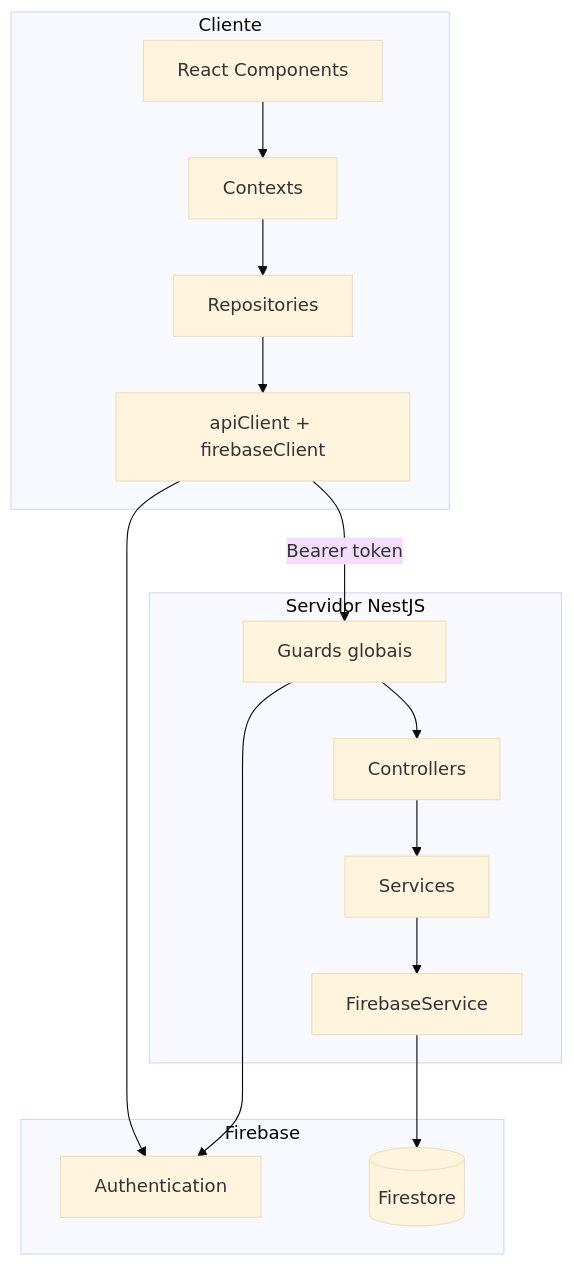
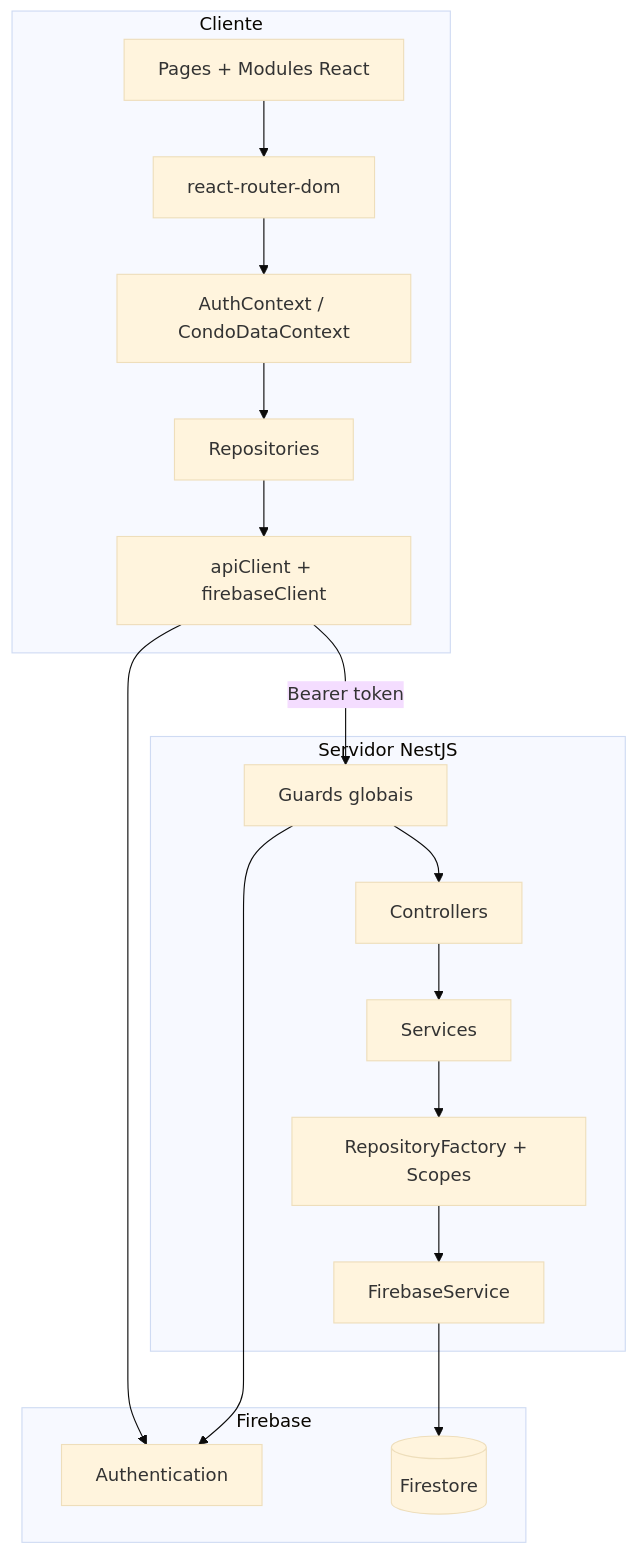
One commit to vyzin-app/vyzin changed the diagram in docs/DOCUMENTACAO_TECNICA.md. Above: the diagram before and after it, drawn with Mermaid (base theme). The commit also changed other lines of this file and 9 other files, not shown here.

````diff
--- a/docs/DOCUMENTACAO_TECNICA.md
+++ b/docs/DOCUMENTACAO_TECNICA.md
@@ -28,26 +28,28 @@
 ```mermaid
 flowchart TB
   subgraph client [Cliente]
-    UI[React Components]
-    CTX[Contexts]
+    UI[Pages + Modules React]
+    Router[react-router-dom]
+    CTX[AuthContext / CondoDataContext]
     REPO[Repositories]
     API_CLIENT[apiClient + firebaseClient]
   end
 
   subgraph server [Servidor NestJS]
     GUARDS[Guards globais]
     CTRL[Controllers]
     SVC[Services]
+    REPO_F[RepositoryFactory + Scopes]
     FB_SRV[FirebaseService]
   end
 
   subgraph firebase [Firebase]
     AUTH[Authentication]
     FS[(Firestore)]
   end
 
-  UI --> CTX --> REPO --> API_CLIENT
-  API_CLIENT -->|Bearer token| GUARDS --> CTRL --> SVC --> FB_SRV --> FS
+  UI --> Router --> CTX --> REPO --> API_CLIENT
+  API_CLIENT -->|Bearer token| GUARDS --> CTRL --> SVC --> REPO_F --> FB_SRV --> FS
   API_CLIENT --> AUTH
   GUARDS --> AUTH
 ```
````
